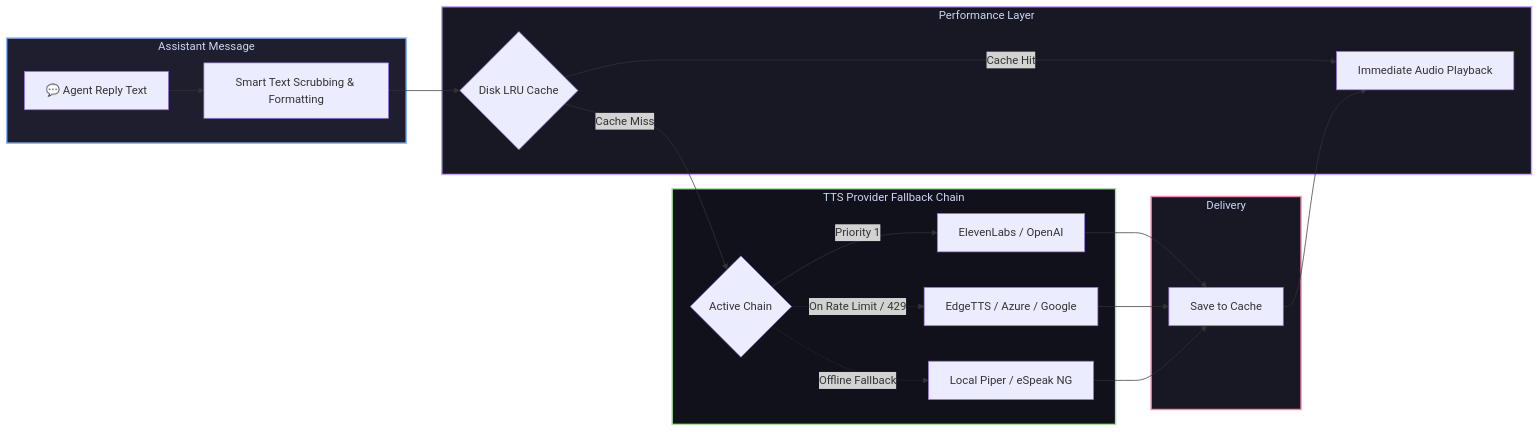
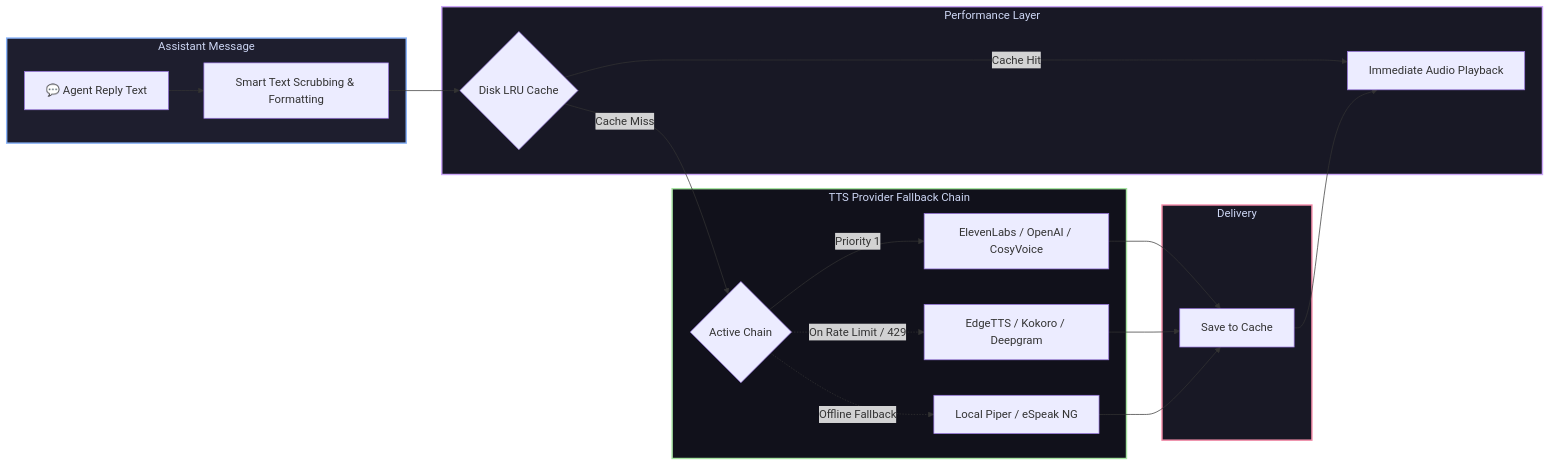
One commit to GooDAnDReaDY/dsh-tts changed the diagram in README.md. Above: the diagram before and after it, drawn with Mermaid. The commit also changed other lines of this file and 2 other files, not shown here.

Commit message:
docs: expand dsh-tts with 16-provider matrix, smart scrubbing engine, spoken phrase substitutions & role overrides

````diff
--- a/README.md
+++ b/README.md
@@ -30,30 +30,30 @@
 ```mermaid
 graph LR
     subgraph Input [Assistant Message]
         Reply[💬 Agent Reply Text] --> Scrub[Smart Text Scrubbing & Formatting]
     end
 
     subgraph Cache [Performance Layer]
         Scrub --> LRU{Disk LRU Cache}
         LRU -->|Cache Hit| Play[Immediate Audio Playback]
     end
 
     subgraph Fallback [TTS Provider Fallback Chain]
         LRU -->|Cache Miss| Chain{Active Chain}
-        Chain -->|Priority 1| P1[ElevenLabs / OpenAI]
-        Chain -.->|On Rate Limit / 429| P2[EdgeTTS / Azure / Google]
+        Chain -->|Priority 1| P1[ElevenLabs / OpenAI / CosyVoice]
+        Chain -.->|On Rate Limit / 429| P2[EdgeTTS / Kokoro / Deepgram]
         Chain -.->|Offline Fallback| P3[Local Piper / eSpeak NG]
     end
 
     subgraph Output [Delivery]
         P1 --> Store[Save to Cache]
         P2 --> Store
         P3 --> Store
         Store --> Play
     end
 
     style Input fill:#1e1e2e,stroke:#89b4fa,stroke-width:2px,color:#cdd6f4
     style Cache fill:#181825,stroke:#cba6f7,stroke-width:2px,color:#cdd6f4
     style Fallback fill:#11111b,stroke:#a6e3a1,stroke-width:2px,color:#cdd6f4
     style Output fill:#181825,stroke:#f38ba8,stroke-width:2px,color:#cdd6f4
 ```
````
